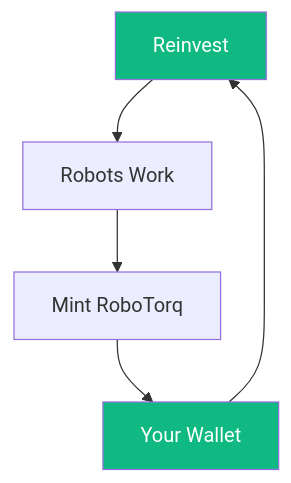
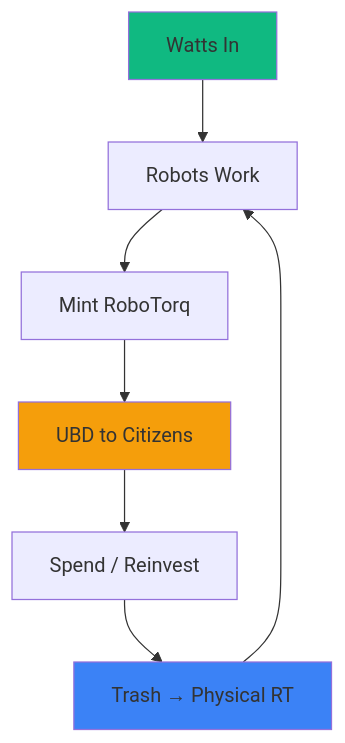
Before and after one commit to GrokkingGrok/Project-Asimov: the second of 3 diagrams in design/src/asimov/flow/WattsGreaterThanWallStreet.md, drawn with Mermaid. The commit also changed other lines of this file, not shown here.

First line of the commit message:
Revise flowchart and clarify AIntropy concepts

````diff
--- a/design/src/asimov/flow/WattsGreaterThanWallStreet.md
+++ b/design/src/asimov/flow/WattsGreaterThanWallStreet.md
@@ -170,9 +170,12 @@
 ```mermaid
 graph TD
-    A[Watts In] --> B[Robots Work]
-    B --> C[Mint RoboTorq]
-    C --> D[Your Wallet]
-    D --> A[Reinvest]
-    style A fill:#10B981, color:white
-    style D fill:#10B981, color:white
+    W[Watts In] --> R[Robots Work]
+    R --> M[Mint RoboTorq]
+    M --> U[UBD to Citizens]
+    U --> S[Spend / Reinvest]
+    S --> T[Trash → Physical RT]
+    T --> R
+    style W fill:#10B981
+    style U fill:#f59e0b
+    style T fill:#3b82f6
 ```
````
